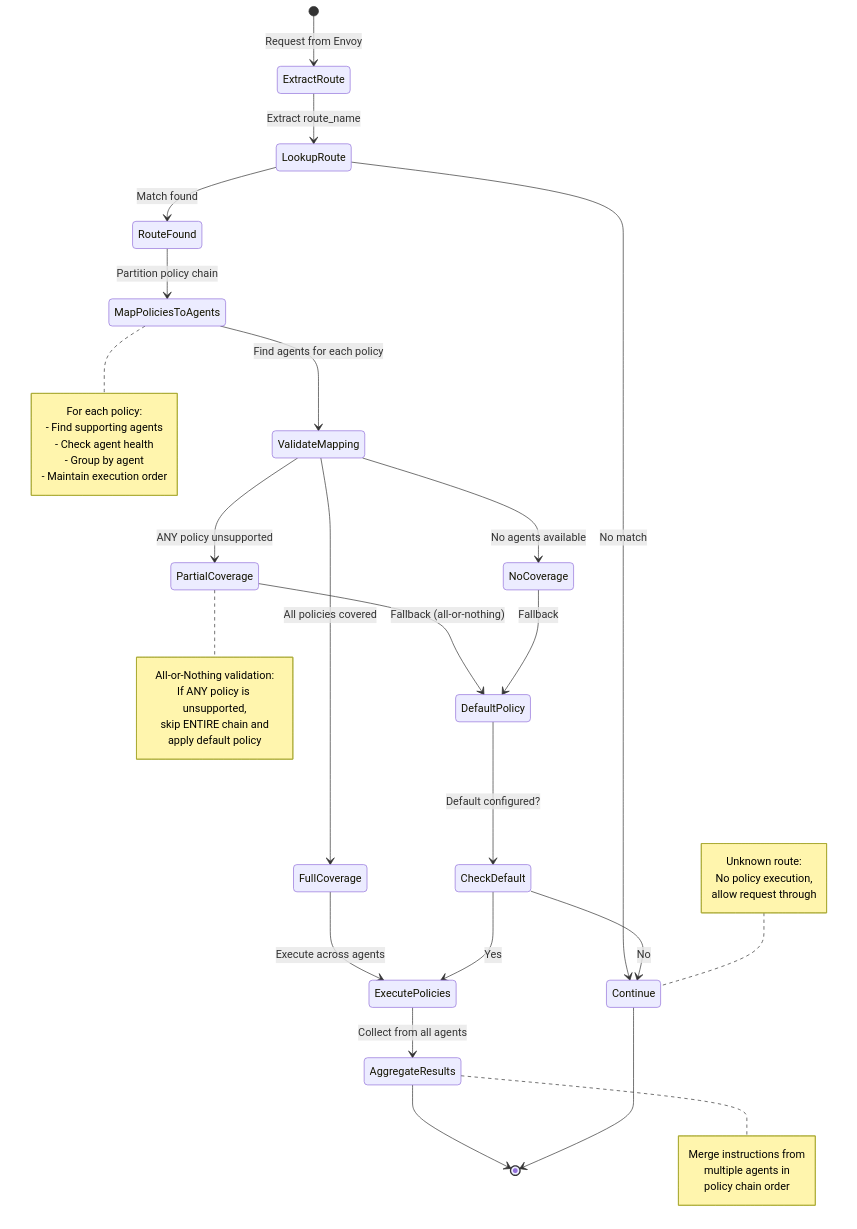
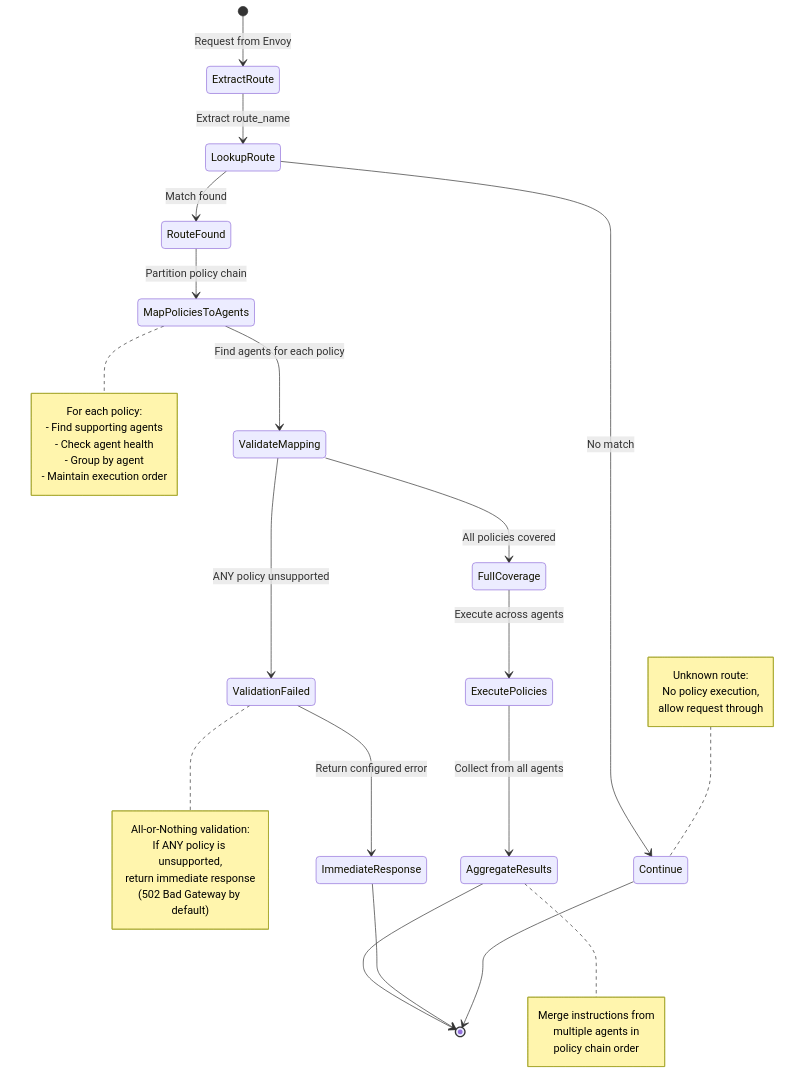
The third of 6 diagrams in policy-kernel/SPEC.md (renuka-fernando/envoy-policy-engine), drawn with Mermaid before and after one commit. The commit also changed other lines of this file, not shown here.

Commit message:
Update spec: Replaced default_policy with validation_failure_response configuration (immediate error response)

````diff
--- a/policy-kernel/SPEC.md
+++ b/policy-kernel/SPEC.md
@@ -253,55 +317,49 @@
 ```mermaid
 stateDiagram-v2
     [*] --> ExtractRoute: Request from Envoy
     ExtractRoute --> LookupRoute: Extract route_name
 
     LookupRoute --> RouteFound: Match found
     LookupRoute --> Continue: No match
 
     RouteFound --> MapPoliciesToAgents: Partition policy chain
     MapPoliciesToAgents --> ValidateMapping: Find agents for each policy
 
     ValidateMapping --> FullCoverage: All policies covered
-    ValidateMapping --> PartialCoverage: ANY policy unsupported
-    ValidateMapping --> NoCoverage: No agents available
+    ValidateMapping --> ValidationFailed: ANY policy unsupported
 
     FullCoverage --> ExecutePolicies: Execute across agents
-    PartialCoverage --> DefaultPolicy: Fallback (all-or-nothing)
-    NoCoverage --> DefaultPolicy: Fallback
-
-    DefaultPolicy --> CheckDefault: Default configured?
-
-    CheckDefault --> ExecutePolicies: Yes
-    CheckDefault --> Continue: No
+    ValidationFailed --> ImmediateResponse: Return configured error
 
     ExecutePolicies --> AggregateResults: Collect from all agents
     AggregateResults --> [*]
+    ImmediateResponse --> [*]
     Continue --> [*]
 
     note right of MapPoliciesToAgents
         For each policy:
         - Find supporting agents
         - Check agent health
         - Group by agent
         - Maintain execution order
     end note
 
     note left of Continue
         Unknown route:
         No policy execution,
         allow request through
     end note
 
-    note right of PartialCoverage
+    note right of ValidationFailed
         All-or-Nothing validation:
         If ANY policy is unsupported,
-        skip ENTIRE chain and
-        apply default policy
+        return immediate response
+        (502 Bad Gateway by default)
     end note
 
     note right of AggregateResults
         Merge instructions from
         multiple agents in
         policy chain order
     end note
 ```
````
